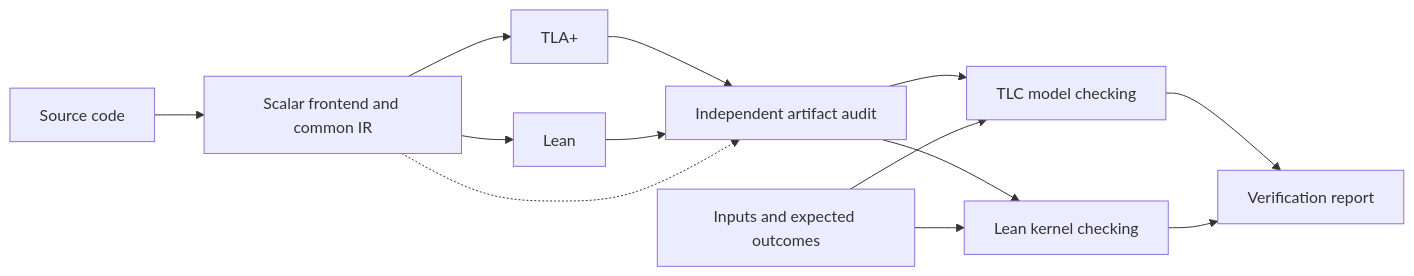
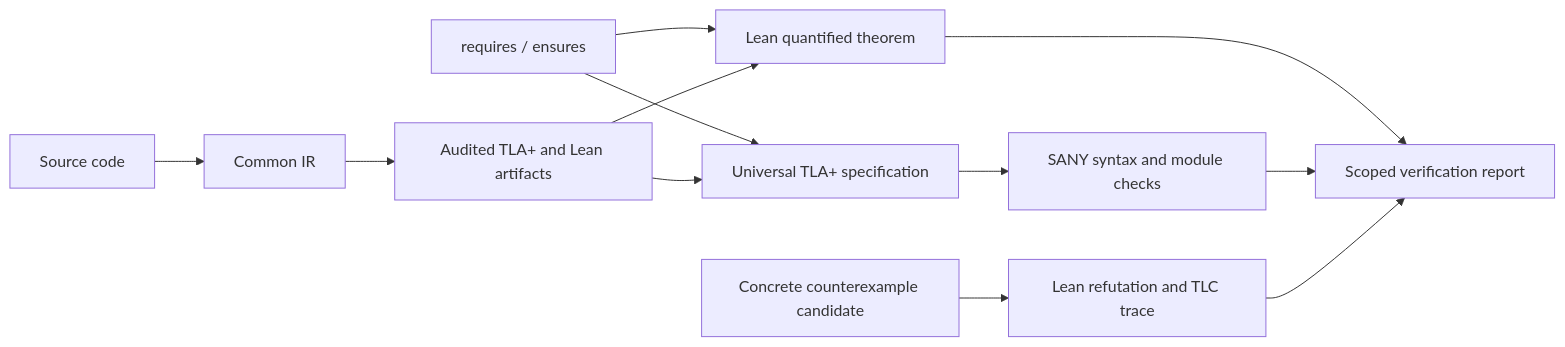
One commit to 1amageek/swift-formal changed the first of 3 diagrams in README.md. Above: the diagram before and after it, drawn with Mermaid. The commit also changed other lines of this file and 39 other files, not shown here.

Commit message:
Prove quantified properties of generated scalar programs

````diff
--- a/README.md
+++ b/README.md
@@ -26,15 +26,14 @@
 ```mermaid
 flowchart LR
-    Source["Source code"] --> IR["Scalar frontend and common IR"]
-    IR --> TLA["TLA+"]
-    IR --> Lean["Lean"]
-    TLA --> Audit["Independent artifact audit"]
-    Lean --> Audit
-    IR -.-> Audit
-    Audit --> TLC["TLC model checking"]
-    Audit --> Kernel["Lean kernel checking"]
-    Scenario["Inputs and expected outcomes"] --> TLC
-    Scenario --> Kernel
-    TLC --> Report["Verification report"]
-    Kernel --> Report
+    Source["Source code"] --> IR["Common IR"]
+    IR --> Artifacts["Audited TLA+ and Lean artifacts"]
+    Properties["requires / ensures"] --> Proof["Lean quantified theorem"]
+    Artifacts --> Proof
+    Properties --> Spec["Universal TLA+ specification"]
+    Artifacts --> Spec
+    Spec --> SANY["SANY syntax and module checks"]
+    Proof --> Report["Scoped verification report"]
+    SANY --> Report
+    Witness["Concrete counterexample candidate"] --> Refutation["Lean refutation and TLC trace"]
+    Refutation --> Report
 ```
````
